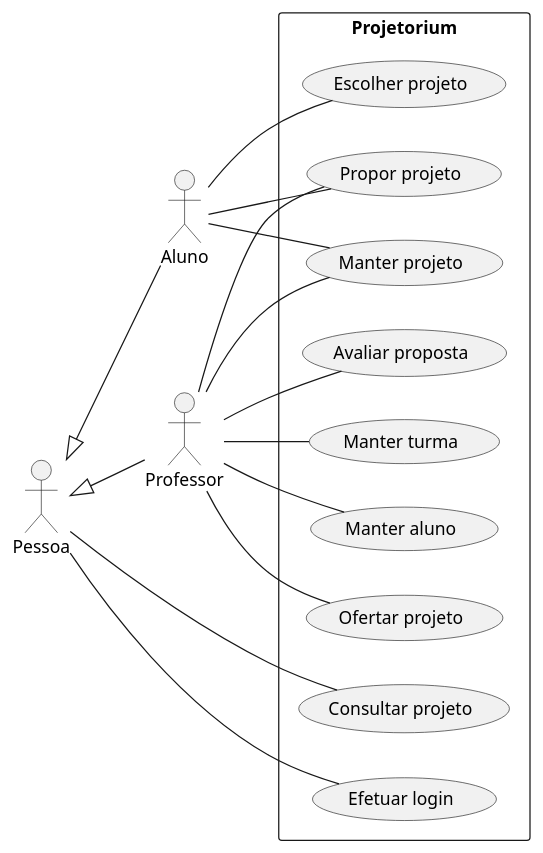
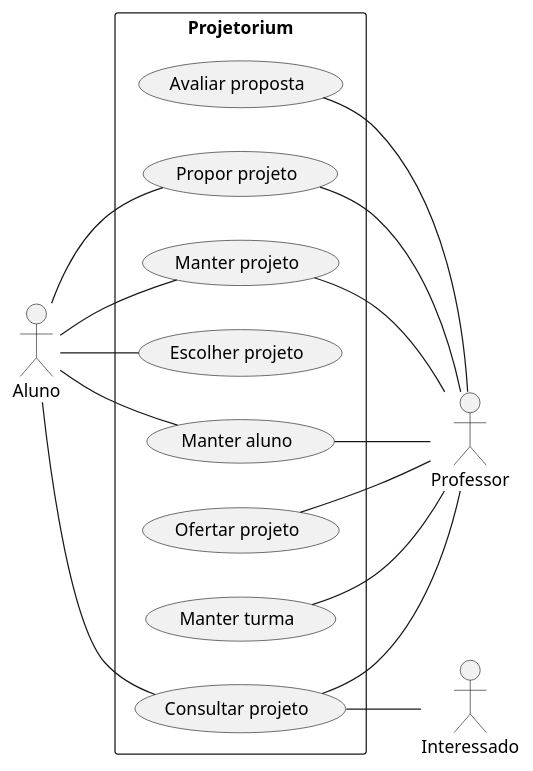
The diagram in diagramas/usecase.puml (Pedro-V/projetorium), drawn with PlantUML before and after one commit.

Commit message:
Removidos ator Pessoa, herança e caso de uso de Efetuar Login

```diff
--- a/diagramas/usecase.puml
+++ b/diagramas/usecase.puml
@@ -1,38 +1,35 @@
 @startuml
 left to right direction
 ' Atores
-:Pessoa: as Pessoa
 :Aluno: as Aluno
 :Professor: as Professor
-
-' Extensões de atores
-Pessoa <|-- Aluno
-Pessoa <|-- Professor
+:Interessado: as Interessado
 
 rectangle "Projetorium" {
     (Consultar projeto) as ConsProj
     (Propor projeto) as PropProj
     (Ofertar projeto) as OfertProj
     (Manter projeto) as MantProj
-    (Efetuar login) as EfetLog
     (Manter turma) as MantTurm
     (Manter aluno) as MantAlun
     (Avaliar proposta) as AvalProp
     (Escolher projeto) as EscProj
 }
 
-Pessoa -- ConsProj
-Pessoa -- EfetLog
-
 Aluno -- PropProj
 Aluno -- EscProj
 Aluno -- MantProj
+Aluno -- MantAlun
+Aluno -- ConsProj
 
-Professor -- MantAlun
-Professor -- MantTurm
-Professor -- MantProj
-Professor -- PropProj
-Professor -- AvalProp
-Professor -- OfertProj
+MantAlun  -- Professor 
+MantTurm  -- Professor 
+MantProj  -- Professor 
+PropProj  -- Professor 
+AvalProp  -- Professor 
+OfertProj -- Professor 
+ConsProj  -- Professor 
+
+ConsProj -- Interessado
 
 @enduml
```
